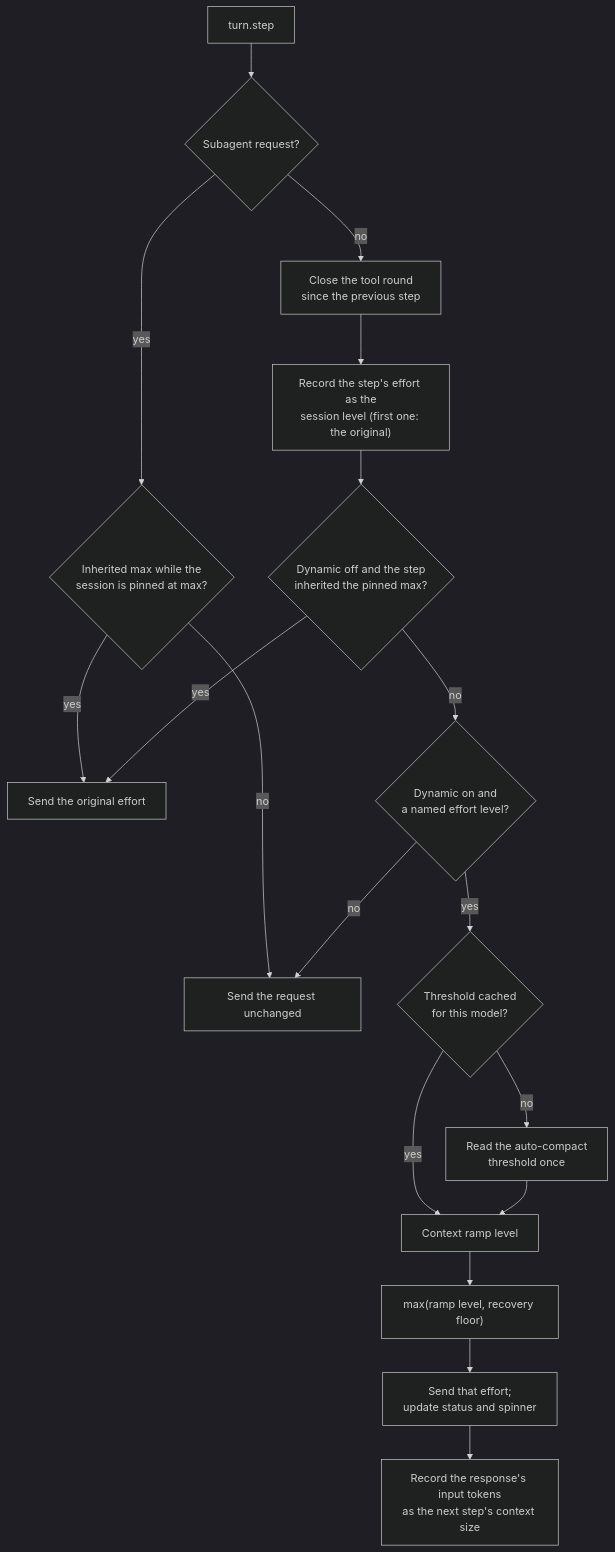
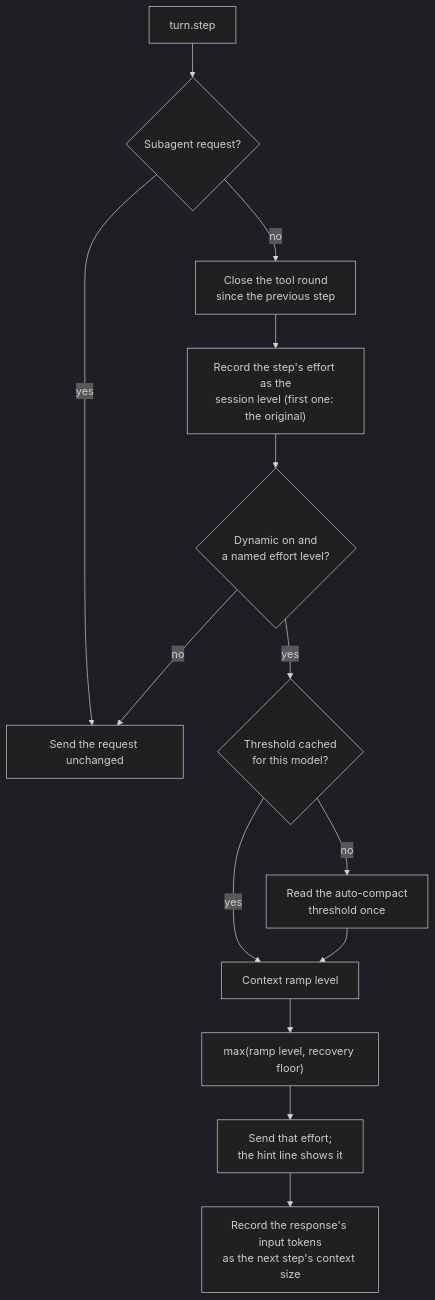
Before and after one commit to kkkaoru/dotfiles: the first of 3 diagrams in tools/claude-dynamic-effort/README.md, drawn with Mermaid (dark theme). The commit also changed other lines of this file and 3 other files, not shown here.

First line of the commit message:
fix(claude-dynamic-effort): raise effort to max only for one compaction

````diff
--- a/tools/claude-dynamic-effort/README.md
+++ b/tools/claude-dynamic-effort/README.md
@@ -45,20 +46,16 @@
 ```mermaid
 flowchart TD
   step["turn.step"] --> agent{"Subagent request?"}
-  agent -- yes --> inherited{"Inherited max while the<br/>session is pinned at max?"}
-  inherited -- yes --> original["Send the original effort"]
-  inherited -- no --> pass["Send the request unchanged"]
+  agent -- yes --> pass["Send the request unchanged"]
   agent -- no --> round["Close the tool round<br/>since the previous step"]
   round --> observe["Record the step's effort as the<br/>session level (first one: the original)"]
-  observe --> mainmax{"Dynamic off and the step<br/>inherited the pinned max?"}
-  mainmax -- yes --> original
-  mainmax -- no --> managed{"Dynamic on and<br/>a named effort level?"}
+  observe --> managed{"Dynamic on and<br/>a named effort level?"}
   managed -- no --> pass
   managed -- yes --> limit{"Threshold cached<br/>for this model?"}
   limit -- no --> fetch["Read the auto-compact<br/>threshold once"]
   limit -- yes --> ramp["Context ramp level"]
   fetch --> ramp
   ramp --> floor["max(ramp level, recovery floor)"]
-  floor --> send["Send that effort;<br/>update status and spinner"]
+  floor --> send["Send that effort;<br/>the hint line shows it"]
   send --> usage["Record the response's input tokens<br/>as the next step's context size"]
 ```
````
